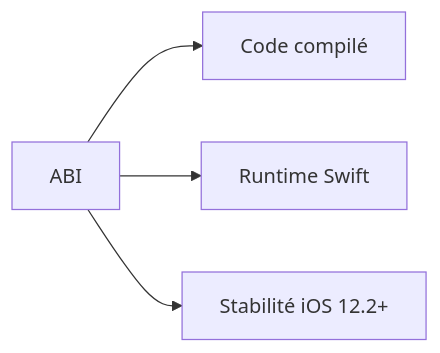
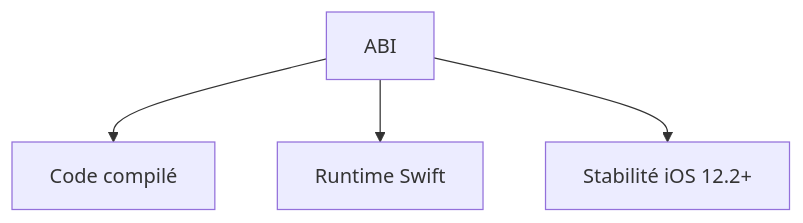
One commit to zyrass/omnydocs changed the first of 45 diagrams in docs/glossaire/developpement-mobile.md. Above: the diagram before and after it, drawn with Mermaid. The commit also changed other lines of this file and 959 other files, not shown here.

````diff
--- a/docs/glossaire/developpement-mobile.md
+++ b/docs/glossaire/developpement-mobile.md
@@ -27,6 +34,6 @@
-    ```mermaid
-    graph LR
-        A[ABI] --> B[Code compilé]
-        A --> C[Runtime Swift]
-        A --> D[Stabilité iOS 12.2+]
-    ```
+```mermaid
+flowchart TB
+    A[ABI] --> B["Code compilé"]
+    A --> C["Runtime Swift"]
+    A --> D["Stabilité iOS 12.2+"]
+```
````
